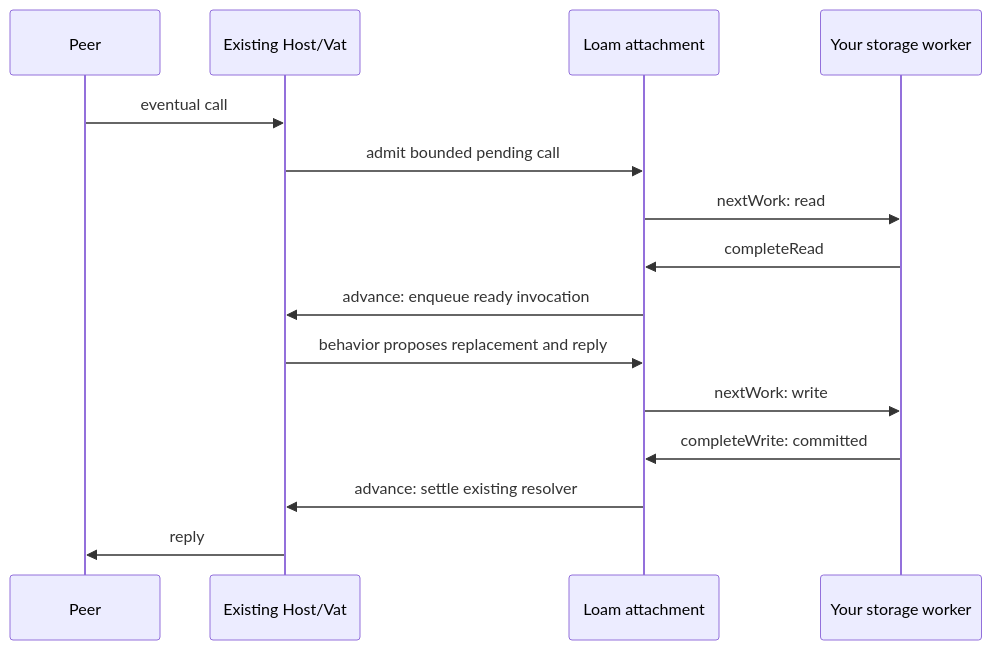
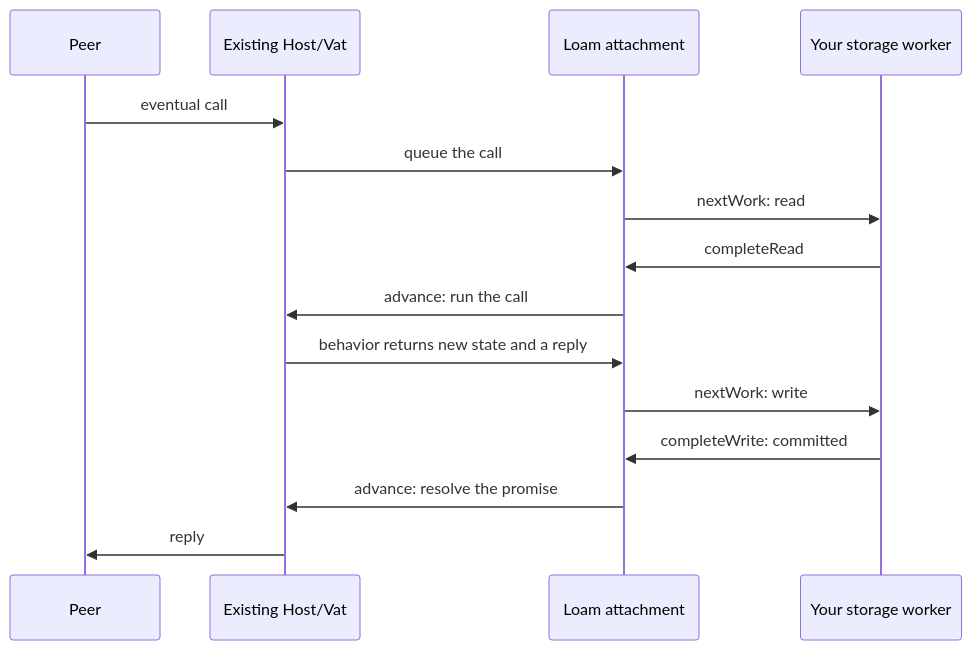
Before and after one commit to glowcap-org/glowcap: the second of 2 diagrams in docs/loam.md, drawn with Mermaid. The commit also changed other lines of this file and 2261 other files, not shown here.

````diff
--- a/docs/loam.md
+++ b/docs/loam.md
@@ -235,17 +238,17 @@
 ```mermaid
 sequenceDiagram
     participant Peer
     participant Host as Existing Host/Vat
     participant Loam as Loam attachment
     participant Worker as Your storage worker
     Peer->>Host: eventual call
-    Host->>Loam: admit bounded pending call
+    Host->>Loam: queue the call
     Loam->>Worker: nextWork: read
     Worker->>Loam: completeRead
-    Loam->>Host: advance: enqueue ready invocation
-    Host->>Loam: behavior proposes replacement and reply
+    Loam->>Host: advance: run the call
+    Host->>Loam: behavior returns new state and a reply
     Loam->>Worker: nextWork: write
     Worker->>Loam: completeWrite: committed
-    Loam->>Host: advance: settle existing resolver
+    Loam->>Host: advance: resolve the promise
     Host->>Peer: reply
 ```
````
